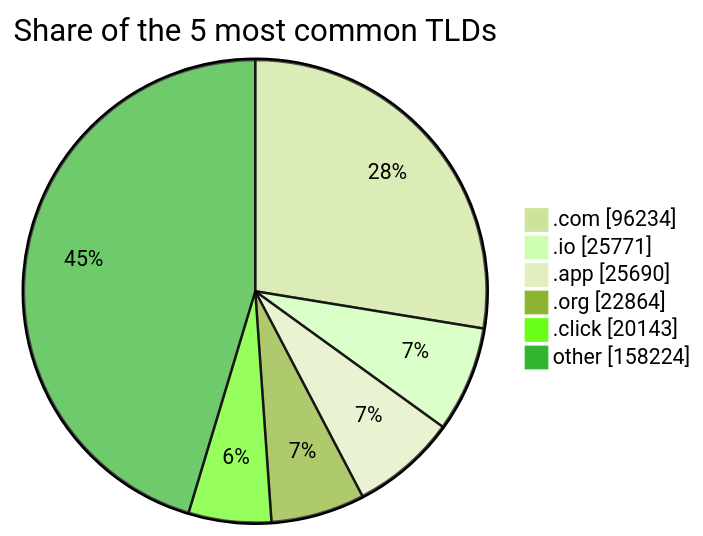
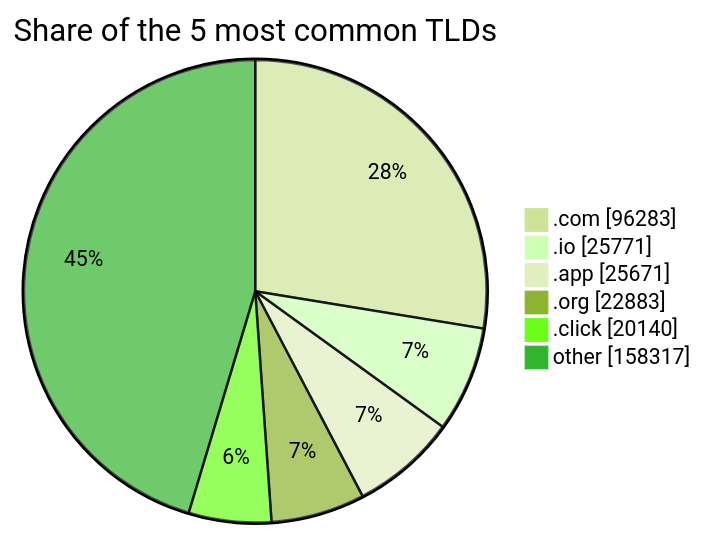
Before and after one commit to DNSBunker/CTI: the third of 3 diagrams in README.md, drawn with Mermaid (forest theme). The commit also changed other lines of this file and 3 other files, not shown here.

````diff
--- a/README.md
+++ b/README.md
@@ -81,9 +81,9 @@
 ```mermaid
 pie showData title Share of the 5 most common TLDs
-    ".com" : 96234
+    ".com" : 96283
     ".io" : 25771
-    ".app" : 25690
-    ".org" : 22864
-    ".click" : 20143
-    "other" : 158224
+    ".app" : 25671
+    ".org" : 22883
+    ".click" : 20140
+    "other" : 158317
 ```
````
